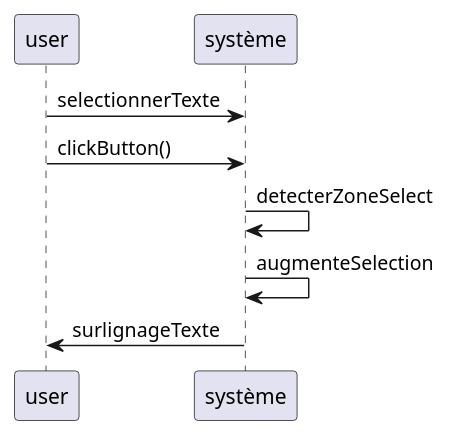
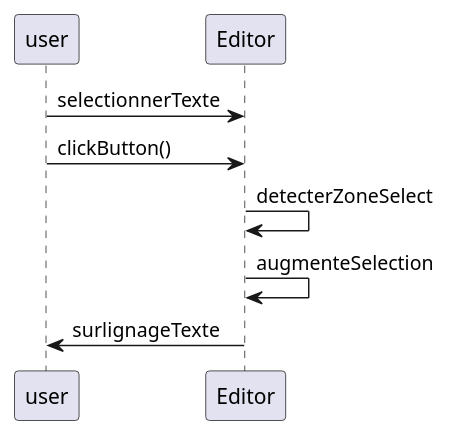
The diagram in UMLDiag/v1/SequenceSelectRightLeft.puml (kiurow590/ESIR2_OMD_Project_Editor), drawn with PlantUML before and after one commit. The commit also changed 12 other files, not shown here.

```diff
--- a/UMLDiag/v1/SequenceSelectRightLeft.puml
+++ b/UMLDiag/v1/SequenceSelectRightLeft.puml
@@ -1,8 +1,8 @@
 @startuml
 'https://plantuml.com/sequence-diagram
-user -> système: selectionnerTexte
-user -> système: clickButton()
-système -> système: detecterZoneSelect
-système -> système: augmenteSelection
-système -> user: surlignageTexte
+user -> Editor: selectionnerTexte
+user -> Editor: clickButton()
+Editor -> Editor: detecterZoneSelect
+Editor -> Editor: augmenteSelection
+Editor -> user: surlignageTexte
 @enduml
```
